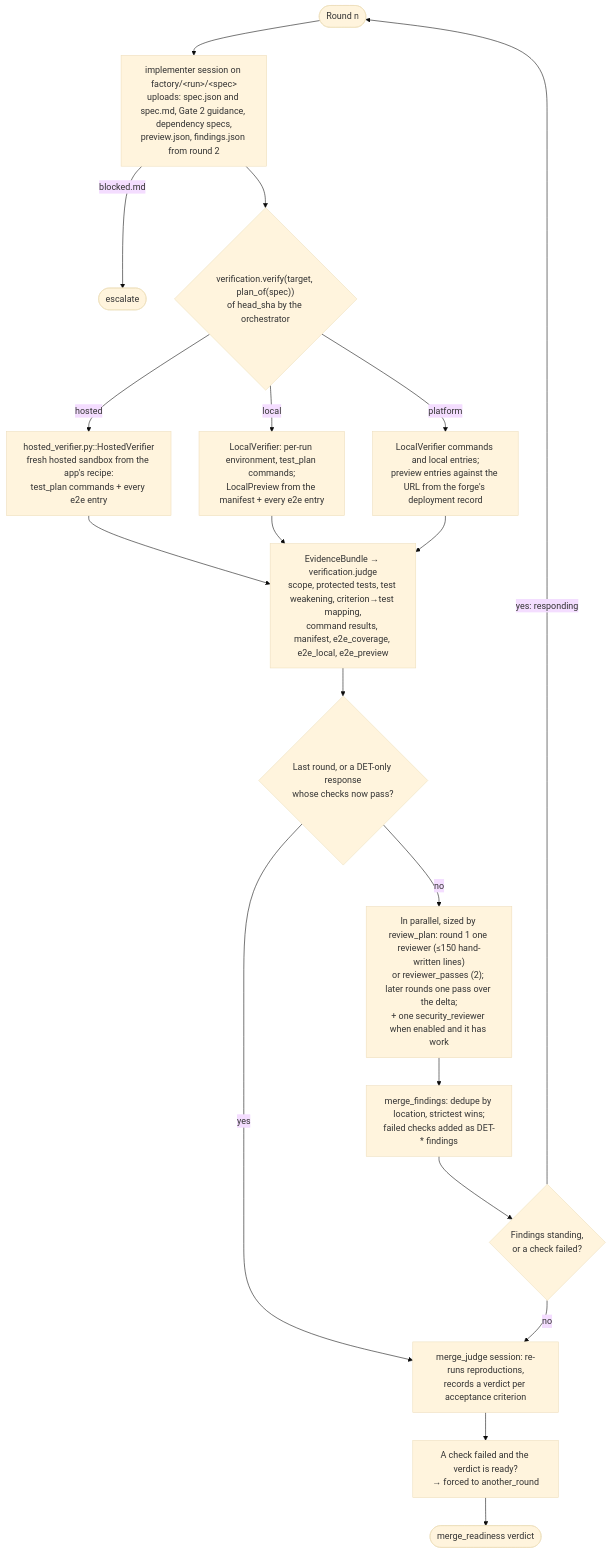
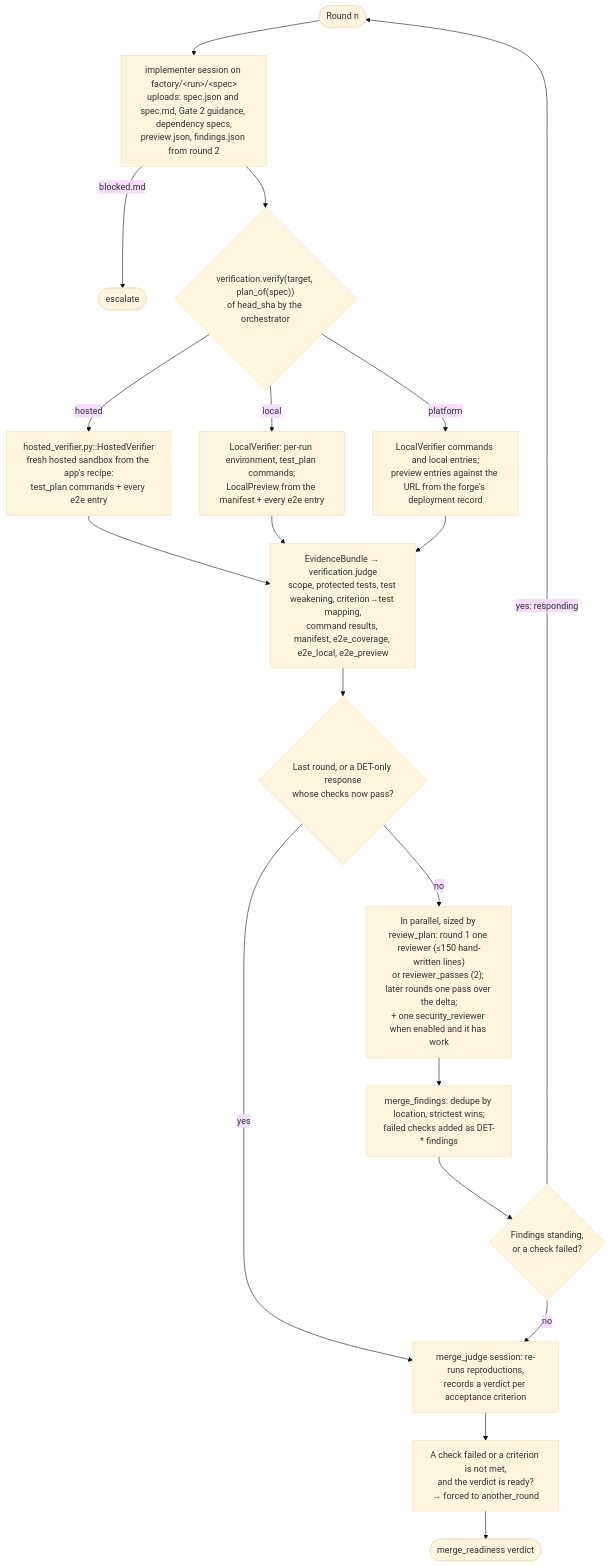
One commit to willtech3/factory_agents changed the second of 2 diagrams in docs/01-pipeline.md. Above: the diagram before and after it, drawn with Mermaid (base theme). The commit also changed other lines of this file and 45 other files, not shown here.

````diff
--- a/docs/01-pipeline.md
+++ b/docs/01-pipeline.md
@@ -84,21 +84,21 @@
 ```mermaid
 flowchart TD
   r0(["Round n"]) --> imp["implementer session on factory/&lt;run&gt;/&lt;spec&gt;<br/>uploads: spec.json and spec.md, Gate 2 guidance, dependency specs,<br/>preview.json, findings.json from round 2"]
   imp -- "blocked.md" --> blk(["escalate"])
   imp --> ver{"verification.verify(target, plan_of(spec))<br/>of head_sha by the orchestrator"}
   ver -- "hosted" --> hv["hosted_verifier.py::HostedVerifier<br/>fresh hosted sandbox from the app's recipe:<br/>test_plan commands + every e2e entry"]
   ver -- "local" --> lv["LocalVerifier: per-run environment, test_plan commands;<br/>LocalPreview from the manifest + every e2e entry"]
   ver -- "platform" --> pv["LocalVerifier commands and local entries;<br/>preview entries against the URL from the forge's deployment record"]
   hv --> det
   lv --> det
   pv --> det
   det["EvidenceBundle → verification.judge<br/>scope, protected tests, test weakening, criterion→test mapping,<br/>command results, manifest, e2e_coverage, e2e_local, e2e_preview"] --> last{"Last round, or a DET-only response<br/>whose checks now pass?"}
   last -- "yes" --> judge
   last -- "no" --> rev["In parallel, sized by review_plan: round 1 one reviewer (≤150 hand-written lines)<br/>or reviewer_passes (2); later rounds one pass over the delta;<br/>+ one security_reviewer when enabled and it has work"]
   rev --> merge["merge_findings: dedupe by location, strictest wins;<br/>failed checks added as DET-* findings"]
   merge --> stand{"Findings standing,<br/>or a check failed?"}
   stand -- "no" --> judge
   stand -- "yes: responding" --> r0
-  judge["merge_judge session: re-runs reproductions,<br/>records a verdict per acceptance criterion"] --> force["A check failed and the verdict is ready?<br/>→ forced to another_round"]
+  judge["merge_judge session: re-runs reproductions,<br/>records a verdict per acceptance criterion"] --> force["A check failed or a criterion is not met,<br/>and the verdict is ready?<br/>→ forced to another_round"]
   force --> out(["merge_readiness verdict"])
 ```
````
